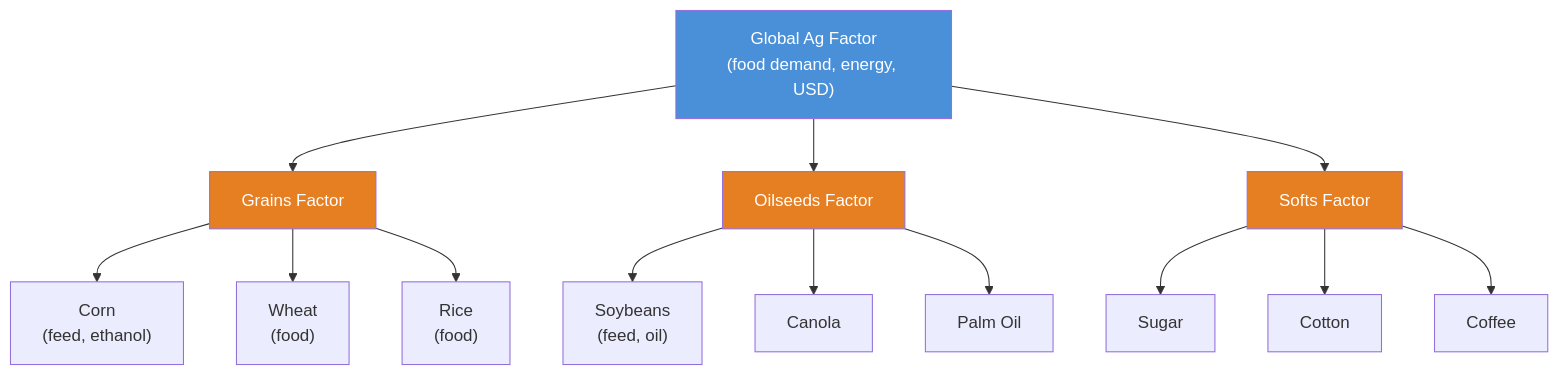
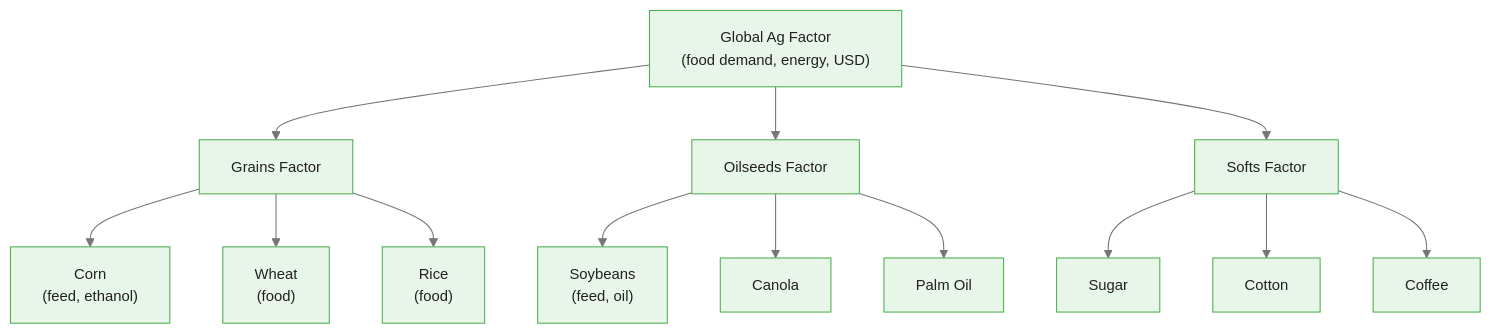
The first of 4 diagrams in courses/bayesian-commodity-forecasting/modules/module_04_hierarchical/guides/03_agricultural_complex_slides.md (m-deane/course-creator), drawn with Mermaid before and after one commit. The commit also changed other lines of this file and 104 other files, not shown here.

````diff
--- a/courses/bayesian-commodity-forecasting/modules/module_04_hierarchical/guides/03_agricultural_complex_slides.md
+++ b/courses/bayesian-commodity-forecasting/modules/module_04_hierarchical/guides/03_agricultural_complex_slides.md
@@ -28,19 +32,16 @@
 ```mermaid
+%%{init: {"theme": "base", "themeVariables": {"primaryColor": "#e8f5e9", "primaryBorderColor": "#4caf50", "primaryTextColor": "#212121", "secondaryColor": "#e3f2fd", "tertiaryColor": "#fff8e1", "lineColor": "#757575", "fontFamily": "Inter, sans-serif", "fontSize": "14px"}}}%%
 flowchart TD
     GAF["Global Ag Factor\n(food demand, energy, USD)"] --> GF["Grains Factor"]
     GAF --> OF["Oilseeds Factor"]
     GAF --> SF["Softs Factor"]
     GF --> Corn["Corn\n(feed, ethanol)"]
     GF --> Wheat["Wheat\n(food)"]
     GF --> Rice["Rice\n(food)"]
     OF --> Soy["Soybeans\n(feed, oil)"]
     OF --> Can["Canola"]
     OF --> Palm["Palm Oil"]
     SF --> Sugar["Sugar"]
     SF --> Cotton["Cotton"]
     SF --> Coffee["Coffee"]
-    style GAF fill:#4a90d9,color:#fff
-    style GF fill:#e67e22,color:#fff
-    style OF fill:#e67e22,color:#fff
-    style SF fill:#e67e22,color:#fff
 ```
````
